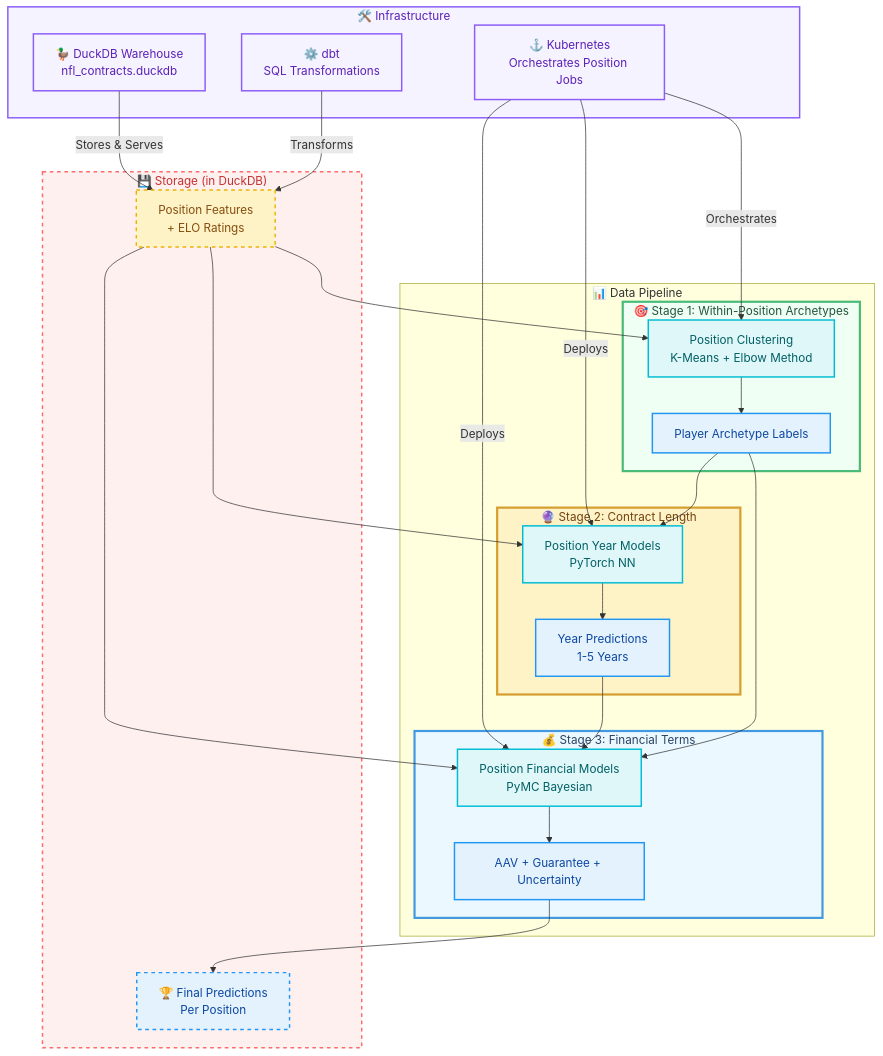
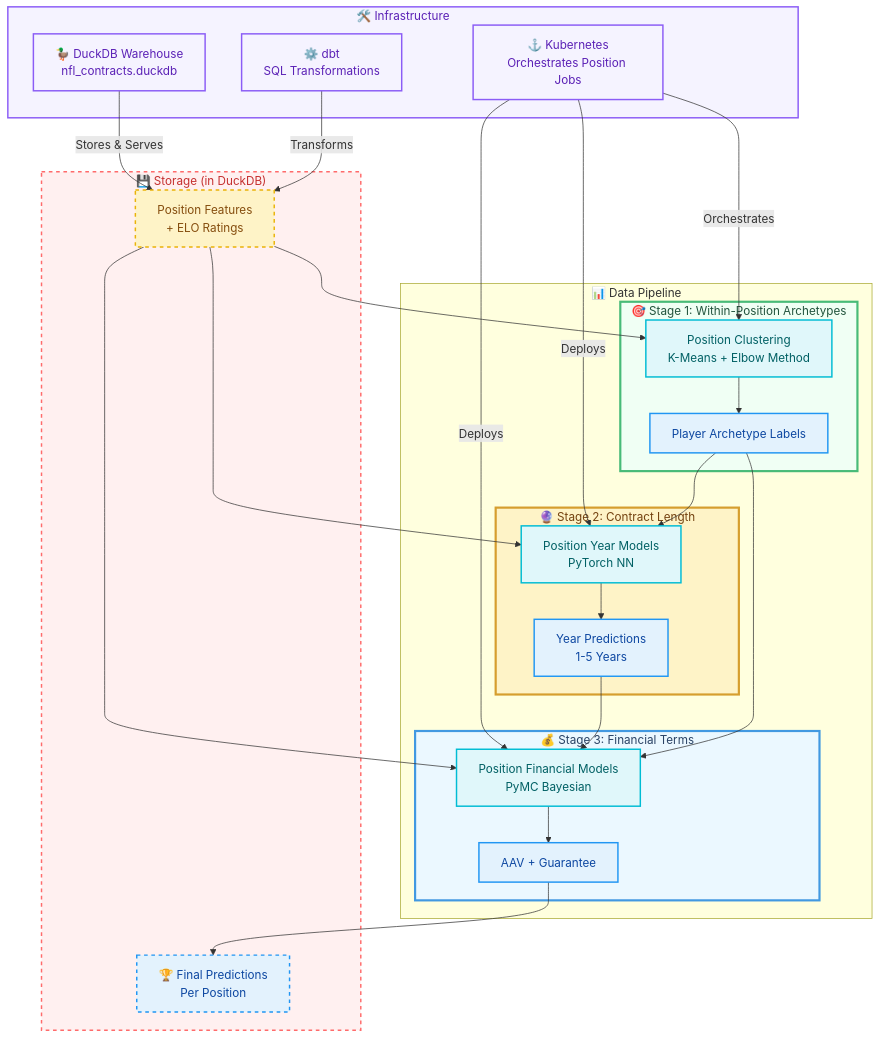
Before and after one commit to dec1costello/NFL-Market-Value-Analysis: the diagram in README.md, drawn with Mermaid.

````diff
--- a/README.md
+++ b/README.md
@@ -4,76 +4,76 @@
 ```mermaid
 graph TB
  %% === STYLING ===
     classDef stage1 fill:#f0fff4,stroke:#48bb78,stroke-width:3px,color:#22543d
     classDef stage2 fill:#fef3c7,stroke:#d69e2e,stroke-width:3px,color:#744210
     classDef stage3 fill:#ebf8ff,stroke:#4299e1,stroke-width:3px,color:#2a4365
     classDef features fill:#fef3c7,stroke:#eab308,stroke-width:2px,color:#854d0e
     classDef model fill:#e0f7fa,stroke:#00bcd4,stroke-width:2px,color:#006064
     classDef output fill:#e3f2fd,stroke:#2196f3,stroke-width:2px,color:#0d47a1
     classDef infra fill:#f5f3ff,stroke:#8b5cf6,stroke-width:2px,color:#5b21b6
     classDef storage fill:#fff0f0,stroke:#FF6B6B,stroke-width:2px,stroke-dasharray:5 5,color:#c53030
 
     %% === INFRASTRUCTURE LAYERS ===
     subgraph INFRA ["🛠️ Infrastructure"]
         DUCKDB["🦆 DuckDB Warehouse<br/>nfl_contracts.duckdb"]
         K8S["⚓ Kubernetes<br/>Orchestrates Position Jobs"]
         DBT["⚙️ dbt<br/>SQL Transformations"]
     end
 
     %% === DATA FLOW ===
     subgraph DATA_FLOW ["📊 Data Pipeline"]
         %% === STAGE 1: ARCHETYPE DISCOVERY ===
         subgraph STAGE_1 ["🎯 Stage 1: Within-Position Archetypes"]
             CLUSTERING["Position Clustering<br/>K-Means + Elbow Method"]
             ARCHETYPES["Player Archetype Labels"]
         end
 
         %% === STAGE 2: YEAR PREDICTION ===
         subgraph STAGE_2 ["🔮 Stage 2: Contract Length"]
             YEAR_MODELS["Position Year Models<br/>PyTorch NN"]
             YEAR_PREDS["Year Predictions<br/>1-5 Years"]
         end
 
         %% === STAGE 3: FINANCIAL PREDICTION ===
         subgraph STAGE_3 ["💰 Stage 3: Financial Terms"]
             FINANCIAL_MODELS["Position Financial Models<br/>PyMC Bayesian"]
-            FINANCIAL_PREDS["AAV + Guarantee + Uncertainty"]
+            FINANCIAL_PREDS["AAV + Guarantee"]
         end
     end
 
     %% === STORAGE LAYER ===
     subgraph STORAGE ["💾 Storage (in DuckDB)"]
         FEATURES["Position Features<br/>+ ELO Ratings"]
         RESULTS["🏆 Final Predictions<br/>Per Position"]
     end
 
     %% === CONNECTIONS ===
     %% Infrastructure → Data Flow
     DUCKDB -->|"Stores & Serves"| FEATURES
     DBT -->|"Transforms"| FEATURES
     K8S -->|"Orchestrates"| CLUSTERING
     K8S -->|"Deploys"| YEAR_MODELS
     K8S -->|"Deploys"| FINANCIAL_MODELS
 
     %% Data Pipeline Flow
     FEATURES --> CLUSTERING
     CLUSTERING --> ARCHETYPES
     ARCHETYPES --> YEAR_MODELS
     FEATURES --> YEAR_MODELS
     YEAR_MODELS --> YEAR_PREDS
     YEAR_PREDS --> FINANCIAL_MODELS
     ARCHETYPES --> FINANCIAL_MODELS
     FEATURES --> FINANCIAL_MODELS
     FINANCIAL_MODELS --> FINANCIAL_PREDS
     FINANCIAL_PREDS --> RESULTS
 
     %% === STYLES ===
     class INFRA,DUCKDB,K8S,DBT infra
     class STORAGE,FEATURES,RESULTS storage
     class STAGE_1 stage1
     class STAGE_2 stage2
     class STAGE_3 stage3
     class FEATURES features
     class CLUSTERING,YEAR_MODELS,FINANCIAL_MODELS model
     class ARCHETYPES,YEAR_PREDS,FINANCIAL_PREDS,RESULTS output;
 ```
````
